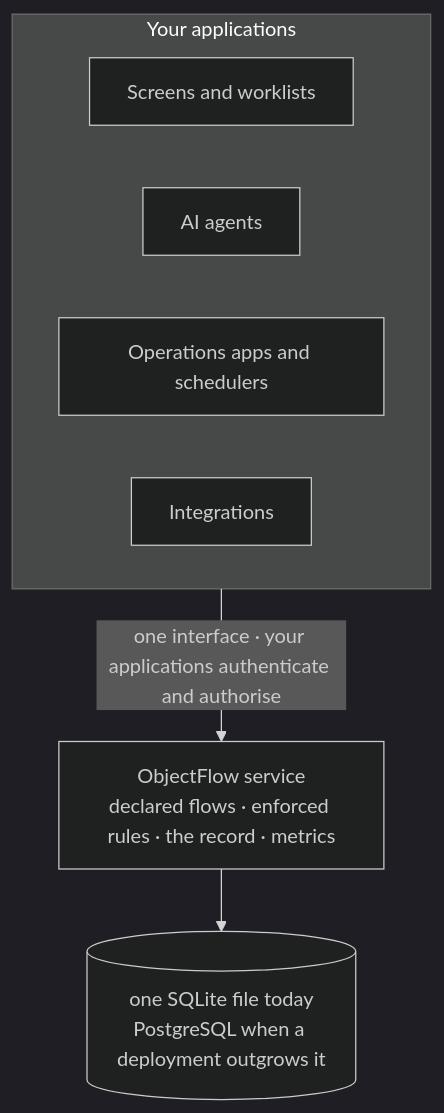
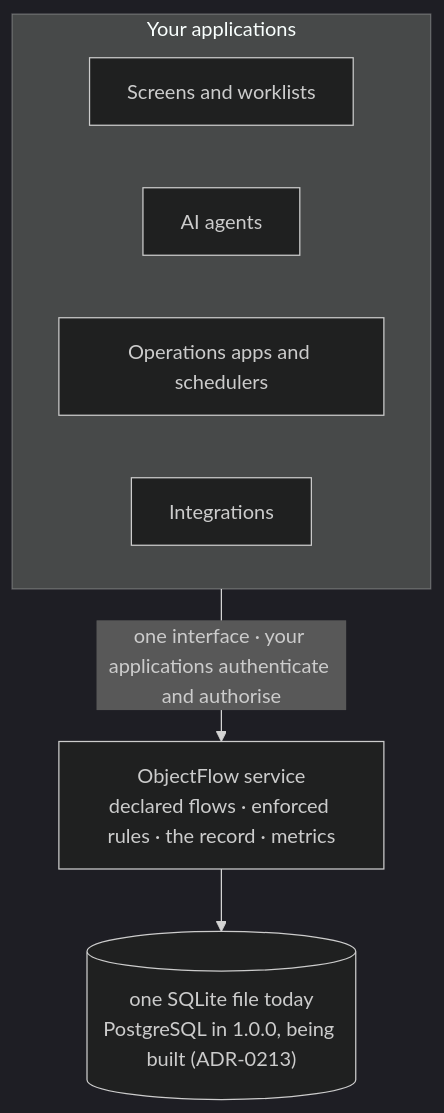
Before and after one commit to rxdu/object_flow: the diagram in README.md, drawn with Mermaid (dark theme). The commit also changed 8 other files, not shown here.

First line of the commit message:
docs(adr): PostgreSQL in 1.0.0 (ADR-0213)

````diff
--- a/README.md
+++ b/README.md
@@ -101,12 +101,12 @@
 ```mermaid
 flowchart TB
     subgraph apps["Your applications"]
         direction LR
         ui["Screens and worklists"]
         agents["AI agents"]
         ops["Operations apps and schedulers"]
         integ["Integrations"]
     end
     apps -->|"one interface · your applications authenticate and authorise"| core["ObjectFlow service<br/>declared flows · enforced rules · the record · metrics"]
-    core --> db[("one SQLite file today<br/>PostgreSQL when a deployment outgrows it")]
+    core --> db[("one SQLite file today<br/>PostgreSQL in 1.0.0, being built (ADR-0213)")]
 ```
````
